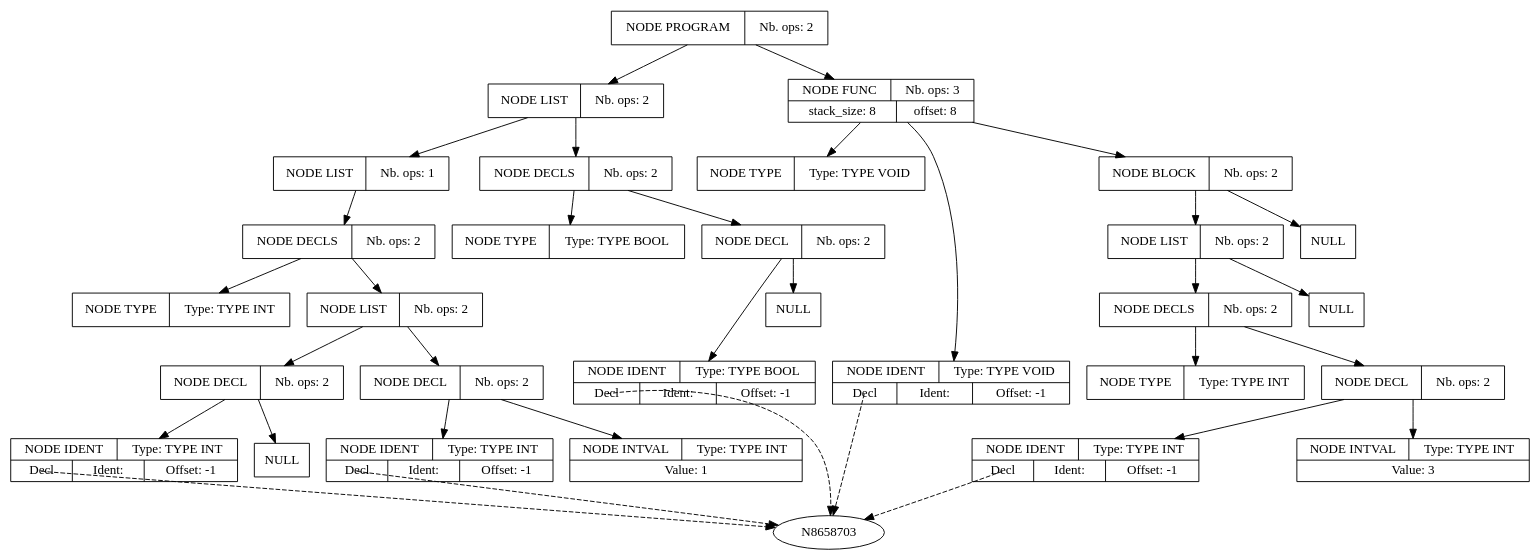
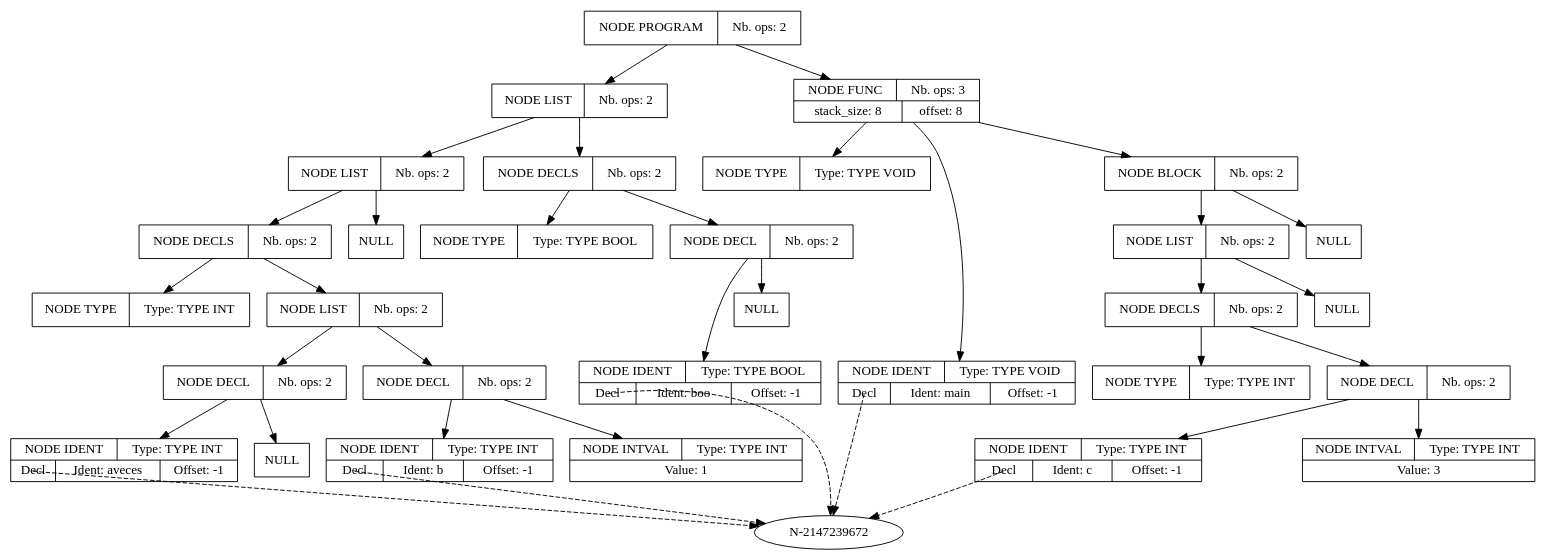
The diagram in tree.dot (LisaHennebelle/Compilation), drawn with Graphviz before and after one commit. The commit also changed 11 other files, not shown here.

```diff
--- a/tree.dot
+++ b/tree.dot
@@ -1,97 +1,100 @@
 digraph global_vars {
     N1 [shape=record, label="{{NODE PROGRAM|Nb. ops: 2}}"];
     N2 [shape=record, label="{{NODE LIST|Nb. ops: 2}}"];
-    N3 [shape=record, label="{{NODE LIST|Nb. ops: 1}}"];
+    N3 [shape=record, label="{{NODE LIST|Nb. ops: 2}}"];
     N4 [shape=record, label="{{NODE DECLS|Nb. ops: 2}}"];
     N5 [shape=record, label="{{NODE TYPE|Type: TYPE INT}}"];
     edge[tailclip=true];
     N4 -> N5
     N6 [shape=record, label="{{NODE LIST|Nb. ops: 2}}"];
     N7 [shape=record, label="{{NODE DECL|Nb. ops: 2}}"];
-    N8 [shape=record, label="{{NODE IDENT|Type: TYPE INT}|{<decl>Decl      |Ident: |Offset: -1}}"];
+    N8 [shape=record, label="{{NODE IDENT|Type: TYPE INT}|{<decl>Decl      |Ident: aveces|Offset: -1}}"];
     edge[tailclip=false];
-    "N8":decl:c -> "N8658703" [style=dashed]
+    "N8":decl:c -> "N-2147239672" [style=dashed]
     edge[tailclip=true];
     N7 -> N8
     N9 [shape=record, label="{{NULL}}"];
     edge[tailclip=true];
     N7 -> N9
     edge[tailclip=true];
     N6 -> N7
     N10 [shape=record, label="{{NODE DECL|Nb. ops: 2}}"];
-    N11 [shape=record, label="{{NODE IDENT|Type: TYPE INT}|{<decl>Decl      |Ident: |Offset: -1}}"];
+    N11 [shape=record, label="{{NODE IDENT|Type: TYPE INT}|{<decl>Decl      |Ident: b|Offset: -1}}"];
     edge[tailclip=false];
-    "N11":decl:c -> "N8658703" [style=dashed]
+    "N11":decl:c -> "N-2147239672" [style=dashed]
     edge[tailclip=true];
     N10 -> N11
     N12 [shape=record, label="{{NODE INTVAL|Type: TYPE INT}|{Value: 1}}"];
     edge[tailclip=true];
     N10 -> N12
     edge[tailclip=true];
     N6 -> N10
     edge[tailclip=true];
     N4 -> N6
     edge[tailclip=true];
     N3 -> N4
+    N13 [shape=record, label="{{NULL}}"];
+    edge[tailclip=true];
+    N3 -> N13
     edge[tailclip=true];
     N2 -> N3
-    N13 [shape=record, label="{{NODE DECLS|Nb. ops: 2}}"];
-    N14 [shape=record, label="{{NODE TYPE|Type: TYPE BOOL}}"];
+    N14 [shape=record, label="{{NODE DECLS|Nb. ops: 2}}"];
+    N15 [shape=record, label="{{NODE TYPE|Type: TYPE BOOL}}"];
     edge[tailclip=true];
-    N13 -> N14
-    N15 [shape=record, label="{{NODE DECL|Nb. ops: 2}}"];
-    N16 [shape=record, label="{{NODE IDENT|Type: TYPE BOOL}|{<decl>Decl      |Ident: |Offset: -1}}"];
+    N14 -> N15
+    N16 [shape=record, label="{{NODE DECL|Nb. ops: 2}}"];
+    N17 [shape=record, label="{{NODE IDENT|Type: TYPE BOOL}|{<decl>Decl      |Ident: boo|Offset: -1}}"];
     edge[tailclip=false];
-    "N16":decl:c -> "N8658703" [style=dashed]
+    "N17":decl:c -> "N-2147239672" [style=dashed]
     edge[tailclip=true];
-    N15 -> N16
-    N17 [shape=record, label="{{NULL}}"];
+    N16 -> N17
+    N18 [shape=record, label="{{NULL}}"];
     edge[tailclip=true];
-    N15 -> N17
+    N16 -> N18
     edge[tailclip=true];
-    N13 -> N15
+    N14 -> N16
     edge[tailclip=true];
-    N2 -> N13
+    N2 -> N14
     edge[tailclip=true];
     N1 -> N2
-    N18 [shape=record, label="{{NODE FUNC|Nb. ops: 3}|{stack_size: 8|offset: 8}}"];
-    N19 [shape=record, label="{{NODE TYPE|Type: TYPE VOID}}"];
+    N19 [shape=record, label="{{NODE FUNC|Nb. ops: 3}|{stack_size: 8|offset: 8}}"];
+    N20 [shape=record, label="{{NODE TYPE|Type: TYPE VOID}}"];
     edge[tailclip=true];
-    N18 -> N19
-    N20 [shape=record, label="{{NODE IDENT|Type: TYPE VOID}|{<decl>Decl      |Ident: |Offset: -1}}"];
+    N19 -> N20
+    N21 [shape=record, label="{{NODE IDENT|Type: TYPE VOID}|{<decl>Decl      |Ident: main|Offset: -1}}"];
     edge[tailclip=false];
-    "N20":decl:c -> "N8658703" [style=dashed]
+    "N21":decl:c -> "N-2147239672" [style=dashed]
     edge[tailclip=true];
-    N18 -> N20
-    N21 [shape=record, label="{{NODE BLOCK|Nb. ops: 2}}"];
-    N22 [shape=record, label="{{NODE LIST|Nb. ops: 2}}"];
-    N23 [shape=record, label="{{NODE DECLS|Nb. ops: 2}}"];
-    N24 [shape=record, label="{{NODE TYPE|Type: TYPE INT}}"];
+    N19 -> N21
+    N22 [shape=record, label="{{NODE BLOCK|Nb. ops: 2}}"];
+    N23 [shape=record, label="{{NODE LIST|Nb. ops: 2}}"];
+    N24 [shape=record, label="{{NODE DECLS|Nb. ops: 2}}"];
+    N25 [shape=record, label="{{NODE TYPE|Type: TYPE INT}}"];
+    edge[tailclip=true];
+    N24 -> N25
+    N26 [shape=record, label="{{NODE DECL|Nb. ops: 2}}"];
+    N27 [shape=record, label="{{NODE IDENT|Type: TYPE INT}|{<decl>Decl      |Ident: c|Offset: -1}}"];
+    edge[tailclip=false];
+    "N27":decl:c -> "N-2147239672" [style=dashed]
+    edge[tailclip=true];
+    N26 -> N27
+    N28 [shape=record, label="{{NODE INTVAL|Type: TYPE INT}|{Value: 3}}"];
+    edge[tailclip=true];
+    N26 -> N28
+    edge[tailclip=true];
+    N24 -> N26
     edge[tailclip=true];
     N23 -> N24
-    N25 [shape=record, label="{{NODE DECL|Nb. ops: 2}}"];
-    N26 [shape=record, label="{{NODE IDENT|Type: TYPE INT}|{<decl>Decl      |Ident: |Offset: -1}}"];
-    edge[tailclip=false];
-    "N26":decl:c -> "N8658703" [style=dashed]
+    N29 [shape=record, label="{{NULL}}"];
     edge[tailclip=true];
-    N25 -> N26
-    N27 [shape=record, label="{{NODE INTVAL|Type: TYPE INT}|{Value: 3}}"];
-    edge[tailclip=true];
-    N25 -> N27
-    edge[tailclip=true];
-    N23 -> N25
+    N23 -> N29
     edge[tailclip=true];
     N22 -> N23
-    N28 [shape=record, label="{{NULL}}"];
+    N30 [shape=record, label="{{NULL}}"];
     edge[tailclip=true];
-    N22 -> N28
+    N22 -> N30
     edge[tailclip=true];
-    N21 -> N22
-    N29 [shape=record, label="{{NULL}}"];
+    N19 -> N22
     edge[tailclip=true];
-    N21 -> N29
-    edge[tailclip=true];
-    N18 -> N21
-    edge[tailclip=true];
-    N1 -> N18
+    N1 -> N19
 }
```
